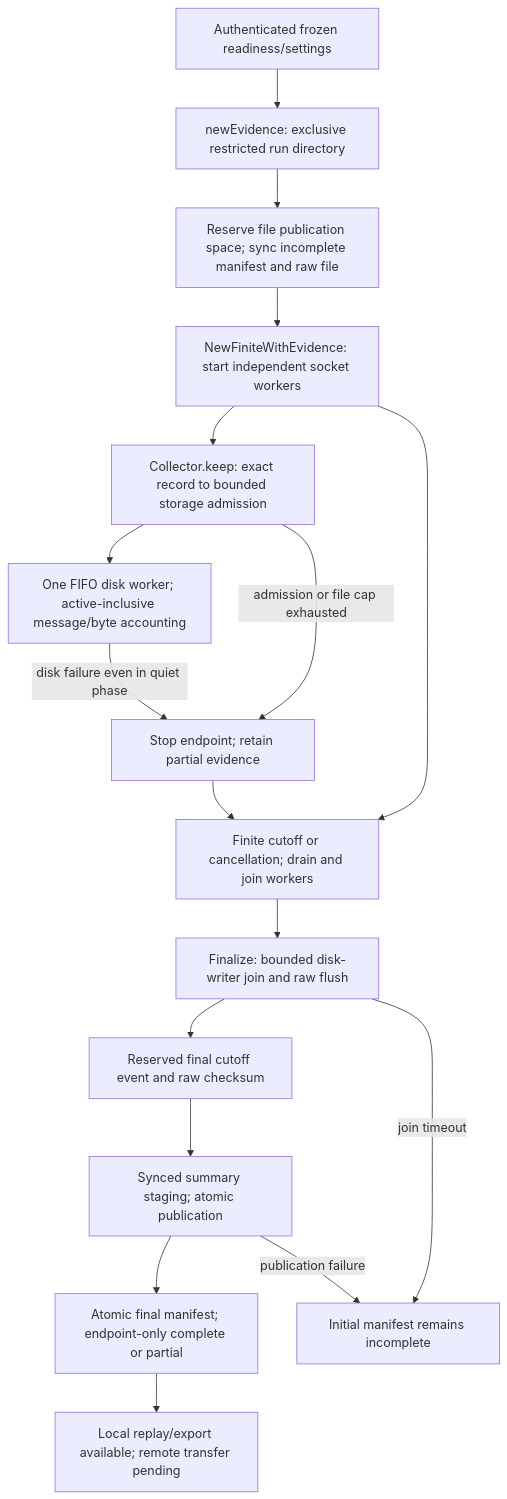
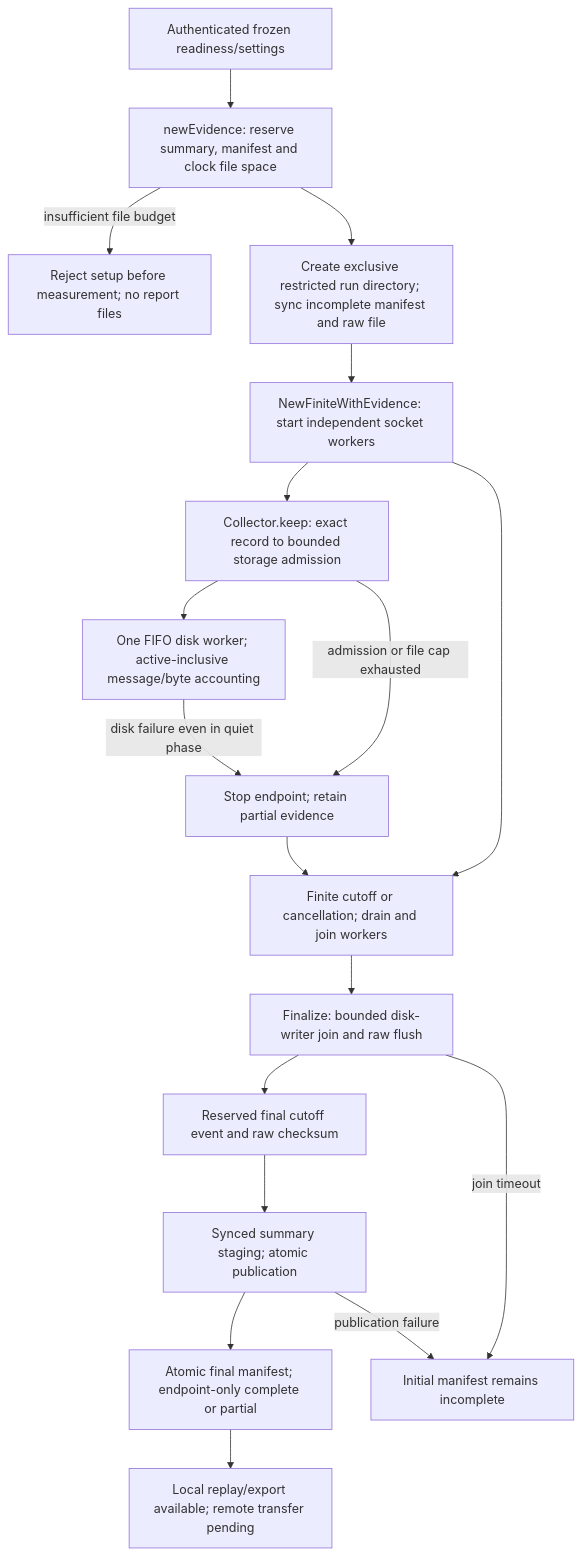
Before and after one commit to rashidbestry/sneaky-port: diagram 13 of 19 in FLOWCHART.md, drawn with Mermaid. The commit also changed other lines of this file and 19 other files, not shown here.

````diff
--- a/FLOWCHART.md
+++ b/FLOWCHART.md
@@ -340,19 +340,20 @@
 ```mermaid
 flowchart TD
-    A[Authenticated frozen readiness/settings] --> B[newEvidence: exclusive restricted run directory]
-    B --> C[Reserve file publication space; sync incomplete manifest and raw file]
+    A[Authenticated frozen readiness/settings] --> B[newEvidence: reserve summary, manifest and clock file space]
+    B -->|insufficient file budget| X[Reject setup before measurement; no report files]
+    B --> C[Create exclusive restricted run directory; sync incomplete manifest and raw file]
     C --> D[NewFiniteWithEvidence: start independent socket workers]
     D --> E[Collector.keep: exact record to bounded storage admission]
     E --> F[One FIFO disk worker; active-inclusive message/byte accounting]
     E -->|admission or file cap exhausted| G[Stop endpoint; retain partial evidence]
     F -->|disk failure even in quiet phase| G
     D --> H[Finite cutoff or cancellation; drain and join workers]
     G --> H
     H --> I[Finalize: bounded disk-writer join and raw flush]
     I --> J[Reserved final cutoff event and raw checksum]
     J --> K[Synced summary staging; atomic publication]
     K --> L[Atomic final manifest; endpoint-only complete or partial]
     I -->|join timeout| M[Initial manifest remains incomplete]
     K -->|publication failure| M
     L --> N[Local replay/export available; remote transfer pending]
 ```
````
